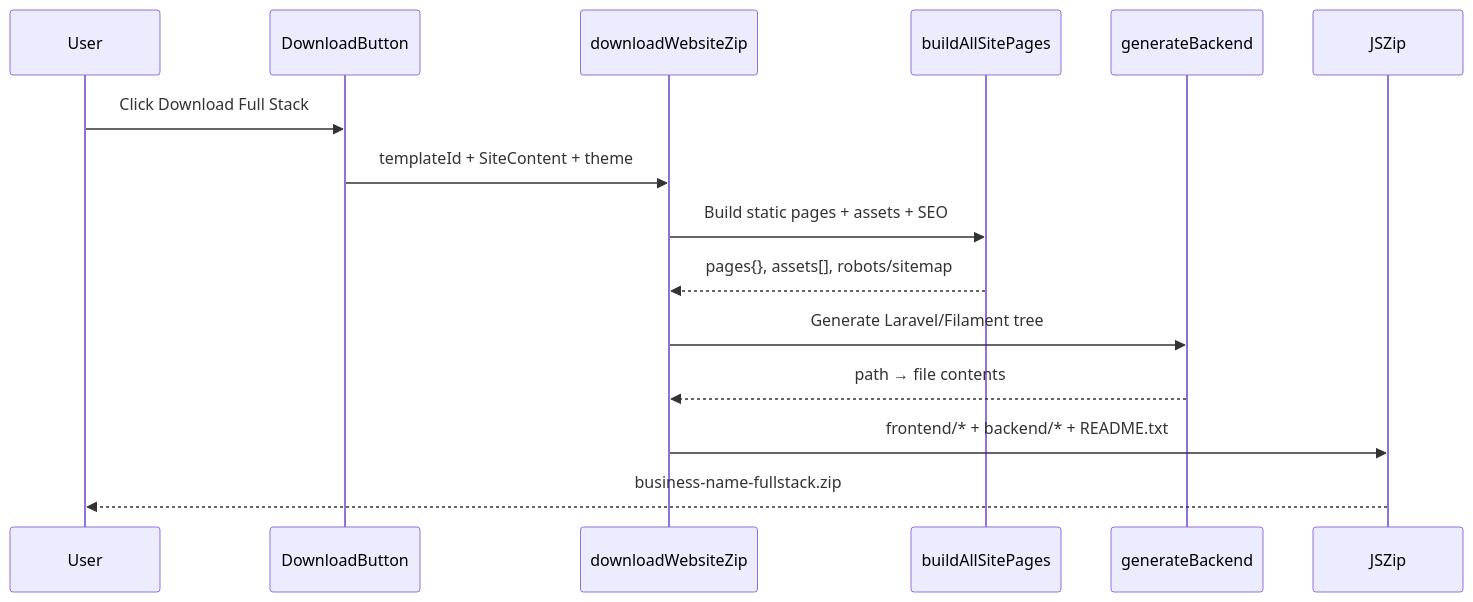
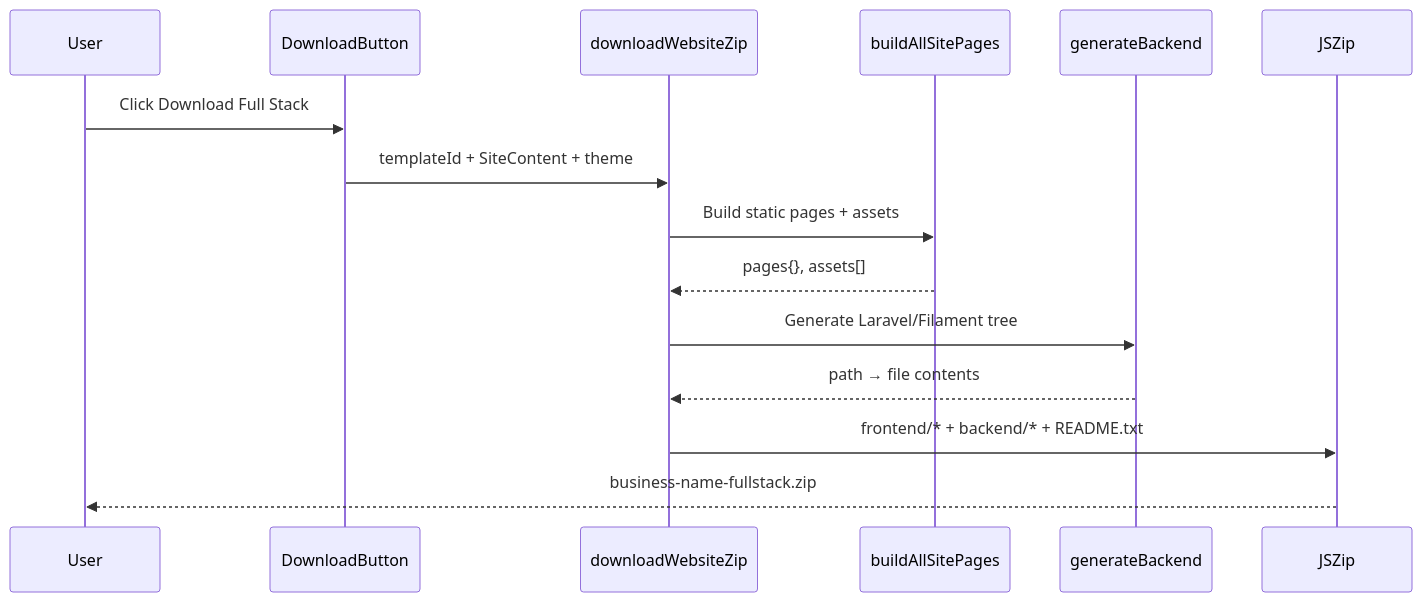
One commit to teba-sol/web-builder changed the third of 4 diagrams in README.md. Above: the diagram before and after it, drawn with Mermaid. The commit also changed other lines of this file and 47 other files, not shown here.

First line of the commit message:
Remove SEO from the builder and exported sites, and drop the duplicated about block from room pages.

````diff
--- a/README.md
+++ b/README.md
@@ -128,18 +128,18 @@
 ```mermaid
 sequenceDiagram
   participant U as User
   participant D as DownloadButton
   participant Z as downloadWebsiteZip
   participant S as buildAllSitePages
   participant L as generateBackend
   participant J as JSZip
 
   U->>D: Click Download Full Stack
   D->>Z: templateId + SiteContent + theme
-  Z->>S: Build static pages + assets + SEO
-  S-->>Z: pages{}, assets[], robots/sitemap
+  Z->>S: Build static pages + assets
+  S-->>Z: pages{}, assets[]
   Z->>L: Generate Laravel/Filament tree
   L-->>Z: path → file contents
   Z->>J: frontend/* + backend/* + README.txt
   J-->>U: business-name-fullstack.zip
 ```
````
